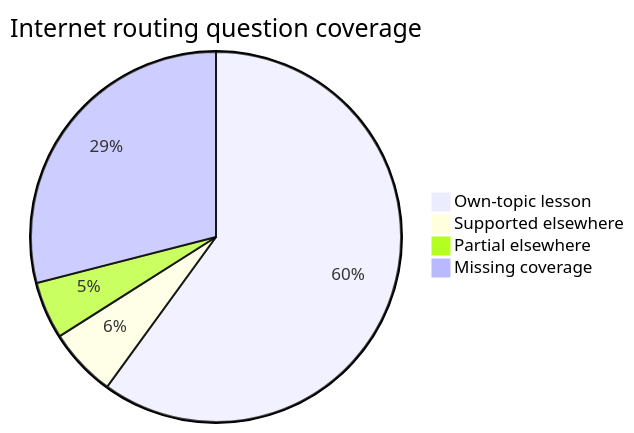
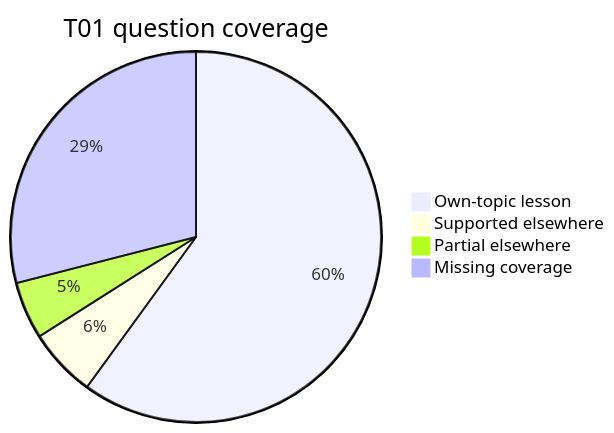
Before and after one commit to Zakoroo/computer_networks: the second of 6 diagrams in PROGRESS.md, drawn with Mermaid. The commit also changed other lines of this file and 7 other files, not shown here.

First line of the commit message:
Add quiz filtering tool and improve chart readability

````diff
--- a/PROGRESS.md
+++ b/PROGRESS.md
@@ -43,7 +43,7 @@
 ```mermaid
-pie title Internet routing question coverage
+pie title T01 question coverage
     "Own-topic lesson" : 60
     "Supported elsewhere" : 6
     "Partial elsewhere" : 5
     "Missing coverage" : 29
 ```
````
